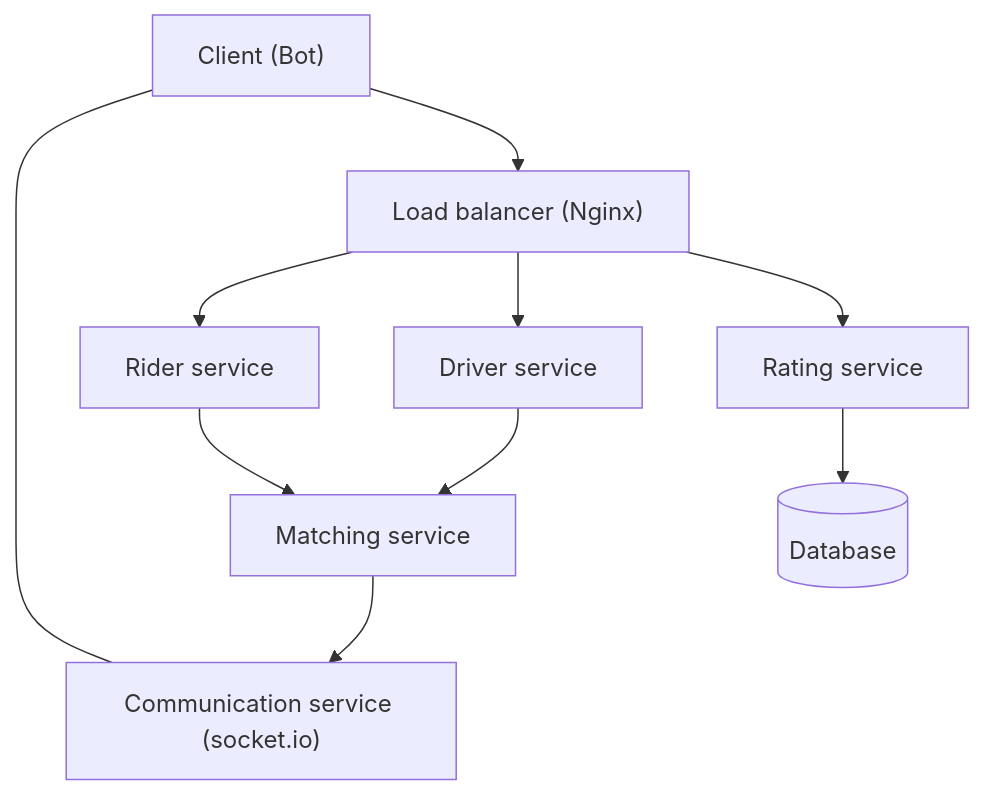
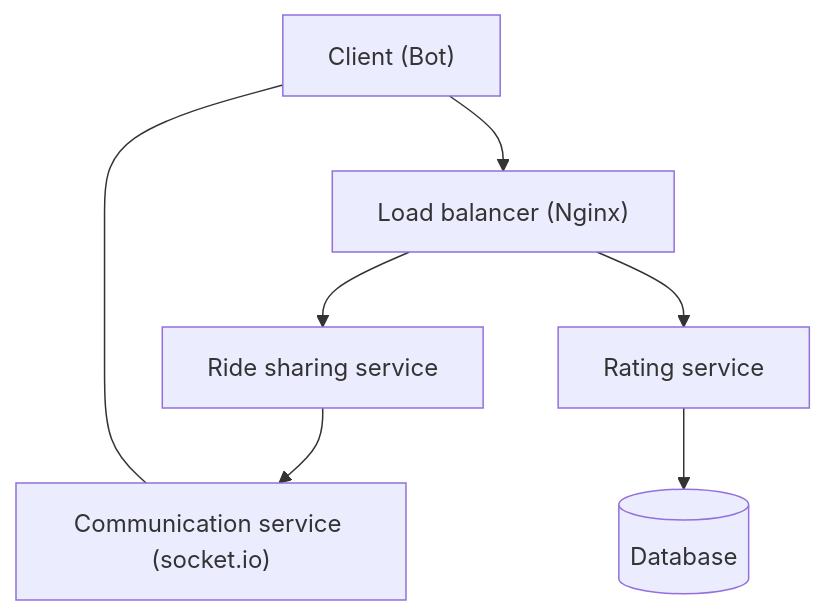
Before and after one commit to rafed/rafed.github.io: the second of 2 diagrams in content/courses/distributed-systems/lab/microservices.md, drawn with Mermaid. The commit also changed other lines of this file, not shown here.

````diff
--- a/content/courses/distributed-systems/lab/microservices.md
+++ b/content/courses/distributed-systems/lab/microservices.md
@@ -79,12 +89,9 @@
 ```mermaid
 graph TD
 A --- C["Communication service (socket.io)"]
 A["Client (Bot)"]-->B["Load balancer (Nginx)"]
-B-->RiM[Rider service]
-B-->DiM[Driver service]
+B-->R[Ride sharing service]
 B-->Ra[Rating service]
 Ra-->D[(Database)]
-RiM-->M[Matching service]
-DiM-->M[Matching service]
-M-->C
+R-->C
 ```
````
